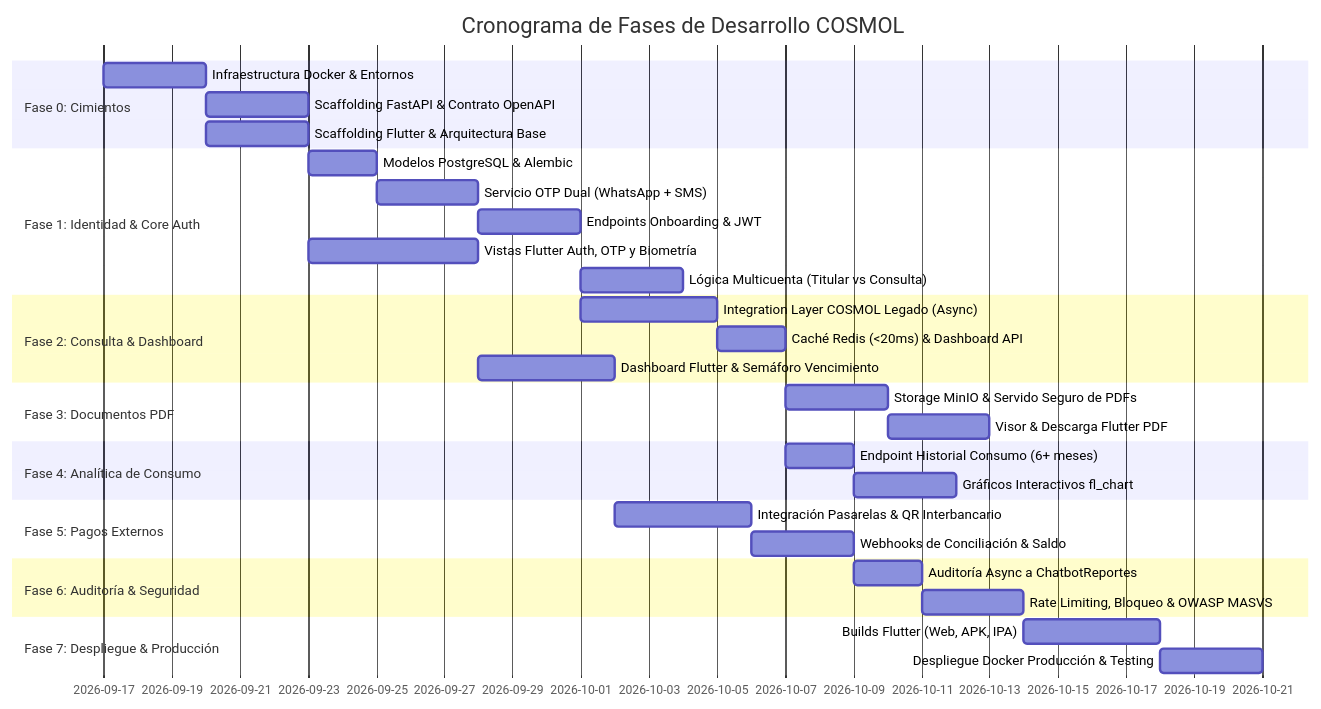
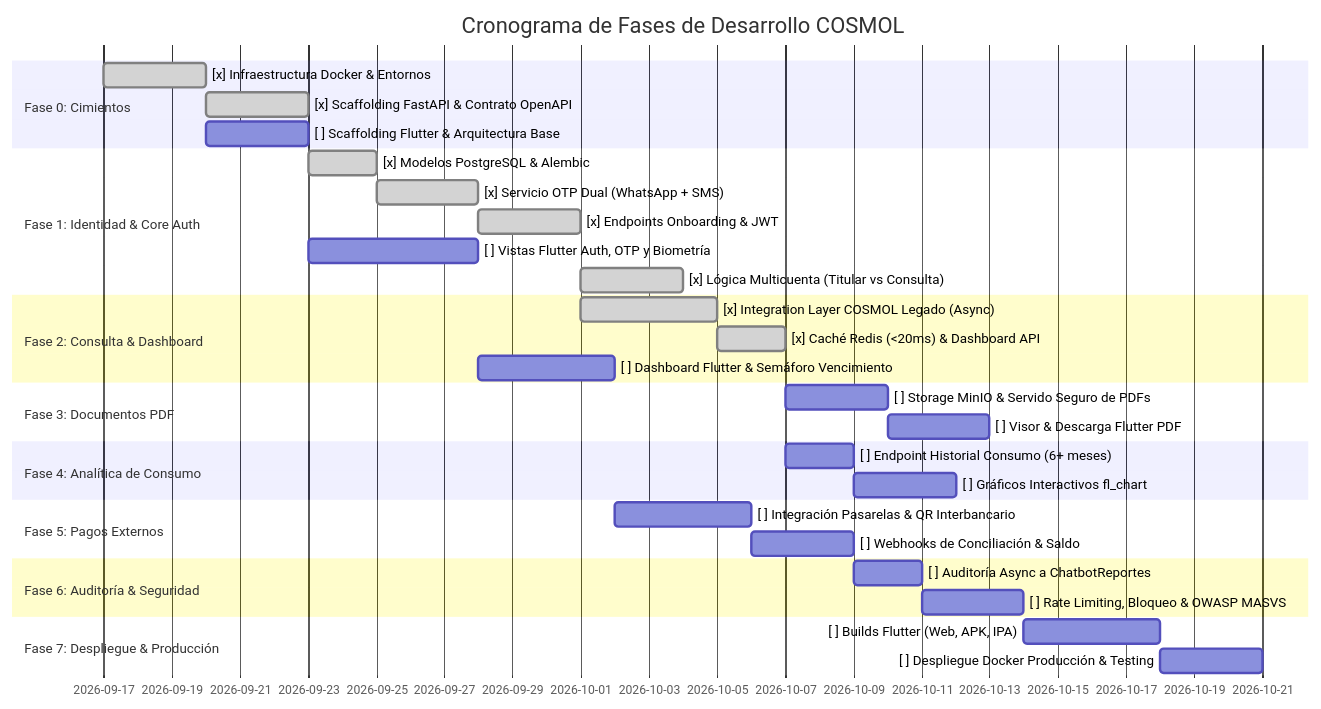
Before and after one commit to FabiannCS/COSMOL-app: the second of 2 diagrams in Docs/HOJA_DE_RUTA_DESARROLLO.md, drawn with Mermaid. The commit also changed other lines of this file and 5 other files, not shown here.

````diff
--- a/Docs/HOJA_DE_RUTA_DESARROLLO.md
+++ b/Docs/HOJA_DE_RUTA_DESARROLLO.md
@@ -172,34 +172,34 @@
 ```mermaid
 gantt
     title Cronograma de Fases de Desarrollo COSMOL
     dateFormat  YYYY-MM-DD
     section Fase 0: Cimientos
-    Infraestructura Docker & Entornos       :f0_1, 2026-09-17, 3d
-    Scaffolding FastAPI & Contrato OpenAPI  :f0_2, after f0_1, 3d
-    Scaffolding Flutter & Arquitectura Base :f0_3, after f0_1, 3d
+    [x] Infraestructura Docker & Entornos       :done, f0_1, 2026-09-17, 3d
+    [x] Scaffolding FastAPI & Contrato OpenAPI  :done, f0_2, after f0_1, 3d
+    [ ] Scaffolding Flutter & Arquitectura Base :f0_3, after f0_1, 3d
     section Fase 1: Identidad & Core Auth
-    Modelos PostgreSQL & Alembic            :f1_1, after f0_2, 2d
-    Servicio OTP Dual (WhatsApp + SMS)      :f1_2, after f1_1, 3d
-    Endpoints Onboarding & JWT              :f1_3, after f1_2, 3d
-    Vistas Flutter Auth, OTP y Biometría    :f1_4, after f0_3, 5d
-    Lógica Multicuenta (Titular vs Consulta):f1_5, after f1_3, 3d
+    [x] Modelos PostgreSQL & Alembic            :done, f1_1, after f0_2, 2d
+    [x] Servicio OTP Dual (WhatsApp + SMS)      :done, f1_2, after f1_1, 3d
+    [x] Endpoints Onboarding & JWT              :done, f1_3, after f1_2, 3d
+    [ ] Vistas Flutter Auth, OTP y Biometría    :f1_4, after f0_3, 5d
+    [x] Lógica Multicuenta (Titular vs Consulta):done, f1_5, after f1_3, 3d
     section Fase 2: Consulta & Dashboard
-    Integration Layer COSMOL Legado (Async) :f2_1, after f1_3, 4d
-    Caché Redis (<20ms) & Dashboard API     :f2_2, after f2_1, 2d
-    Dashboard Flutter & Semáforo Vencimiento:f2_3, after f1_4, 4d
+    [x] Integration Layer COSMOL Legado (Async) :done, f2_1, after f1_3, 4d
+    [x] Caché Redis (<20ms) & Dashboard API     :done, f2_2, after f2_1, 2d
+    [ ] Dashboard Flutter & Semáforo Vencimiento:f2_3, after f1_4, 4d
     section Fase 3: Documentos PDF
-    Storage MinIO & Servido Seguro de PDFs  :f3_1, after f2_2, 3d
-    Visor & Descarga Flutter PDF            :f3_2, after f3_1, 3d
+    [ ] Storage MinIO & Servido Seguro de PDFs  :f3_1, after f2_2, 3d
+    [ ] Visor & Descarga Flutter PDF            :f3_2, after f3_1, 3d
     section Fase 4: Analítica de Consumo
-    Endpoint Historial Consumo (6+ meses)   :f4_1, after f2_2, 2d
-    Gráficos Interactivos fl_chart          :f4_2, after f4_1, 3d
+    [ ] Endpoint Historial Consumo (6+ meses)   :f4_1, after f2_2, 2d
+    [ ] Gráficos Interactivos fl_chart          :f4_2, after f4_1, 3d
     section Fase 5: Pagos Externos
-    Integración Pasarelas & QR Interbancario:f5_1, after f2_3, 4d
-    Webhooks de Conciliación & Saldo        :f5_2, after f5_1, 3d
+    [ ] Integración Pasarelas & QR Interbancario:f5_1, after f2_3, 4d
+    [ ] Webhooks de Conciliación & Saldo        :f5_2, after f5_1, 3d
     section Fase 6: Auditoría & Seguridad
-    Auditoría Async a ChatbotReportes       :f6_1, after f5_2, 2d
-    Rate Limiting, Bloqueo & OWASP MASVS    :f6_2, after f6_1, 3d
+    [ ] Auditoría Async a ChatbotReportes       :f6_1, after f5_2, 2d
+    [ ] Rate Limiting, Bloqueo & OWASP MASVS    :f6_2, after f6_1, 3d
     section Fase 7: Despliegue & Producción
-    Builds Flutter (Web, APK, IPA)          :f7_1, after f6_2, 4d
-    Despliegue Docker Producción & Testing  :f7_2, after f7_1, 3d
+    [ ] Builds Flutter (Web, APK, IPA)          :f7_1, after f6_2, 4d
+    [ ] Despliegue Docker Producción & Testing  :f7_2, after f7_1, 3d
 ```
````
